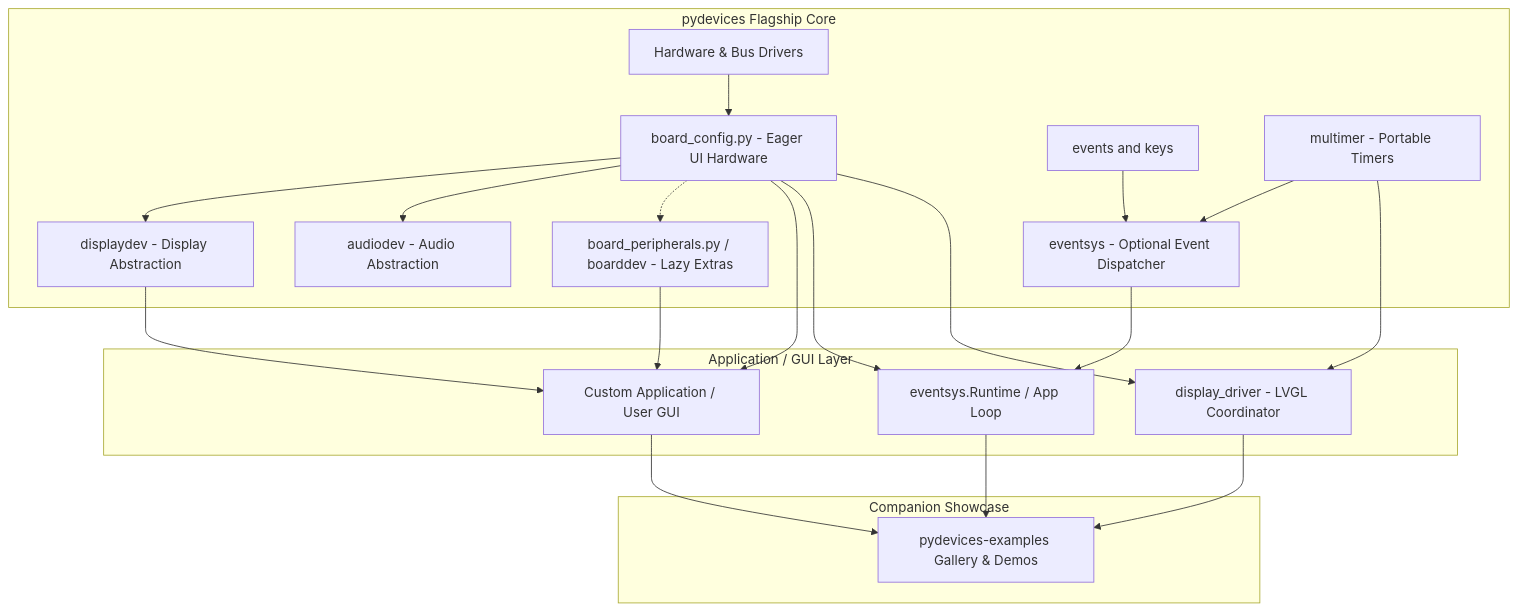
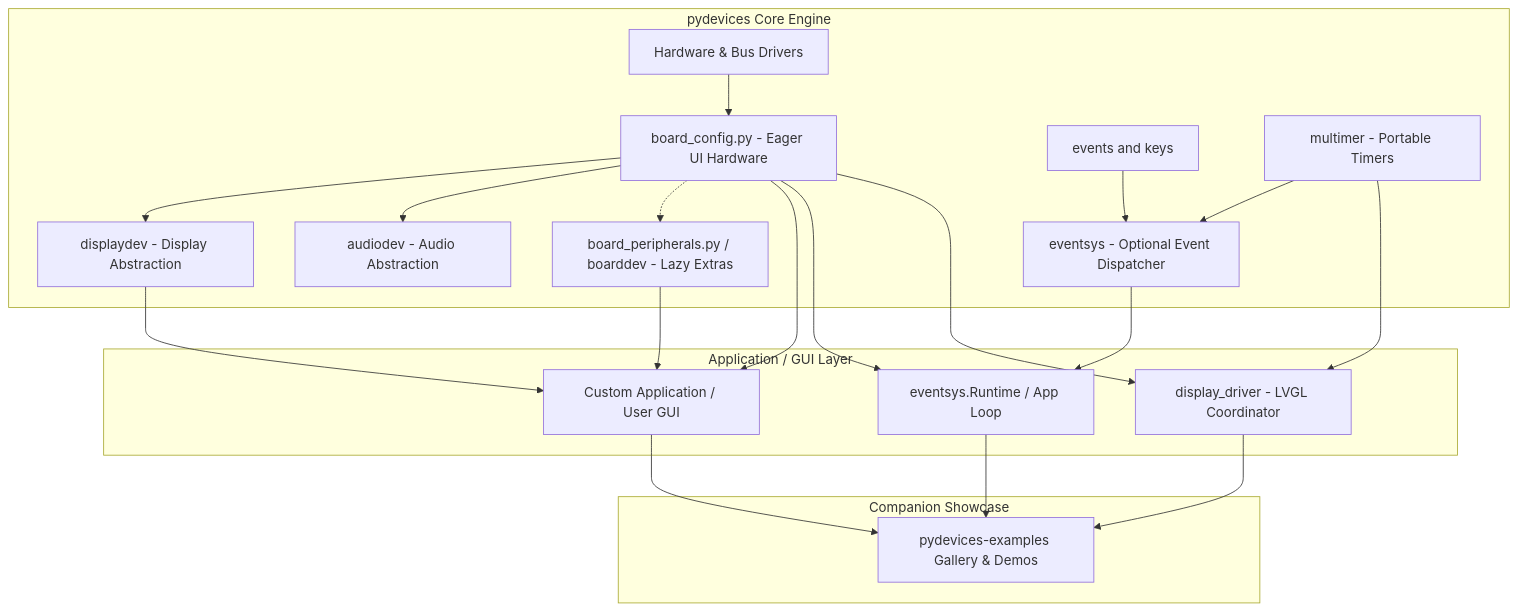
The diagram in docs/architecture.md (PyDevices/micropython-hardware), drawn with Mermaid before and after one commit. The commit also changed other lines of this file and 5 other files, not shown here.

Commit message:
docs: update positioning, architecture hierarchy, and scrub secret token references

````diff
--- a/docs/architecture.md
+++ b/docs/architecture.md
@@ -9,41 +9,41 @@
 ```mermaid
 flowchart TB
-  subgraph product [pydevices Flagship Core]
+  subgraph product [pydevices Core Engine]
     BC[board_config.py - Eager UI Hardware]
     BP[board_peripherals.py / boarddev - Lazy Extras]
     DD[displaydev - Display Abstraction]
     AD[audiodev - Audio Abstraction]
     EV[events and keys]
     MT[multimer - Portable Timers]
     ES[eventsys - Optional Event Dispatcher]
     DR[Hardware & Bus Drivers]
   end
   subgraph app [Application / GUI Layer]
     APP[Custom Application / User GUI]
     AR[eventsys.Runtime / App Loop]
     LR[display_driver - LVGL Coordinator]
   end
   subgraph showcase [Companion Showcase]
     EX[pydevices-examples Gallery & Demos]
   end
 
   DR --> BC
   BC --> DD
   BC --> AD
   BC -.-> BP
   EV --> ES
   MT --> ES
 
   BC --> APP
   DD --> APP
   BP --> APP
 
   BC --> AR
   ES --> AR
   BC --> LR
   MT --> LR
 
   APP --> EX
   AR --> EX
   LR --> EX
 ```
````
